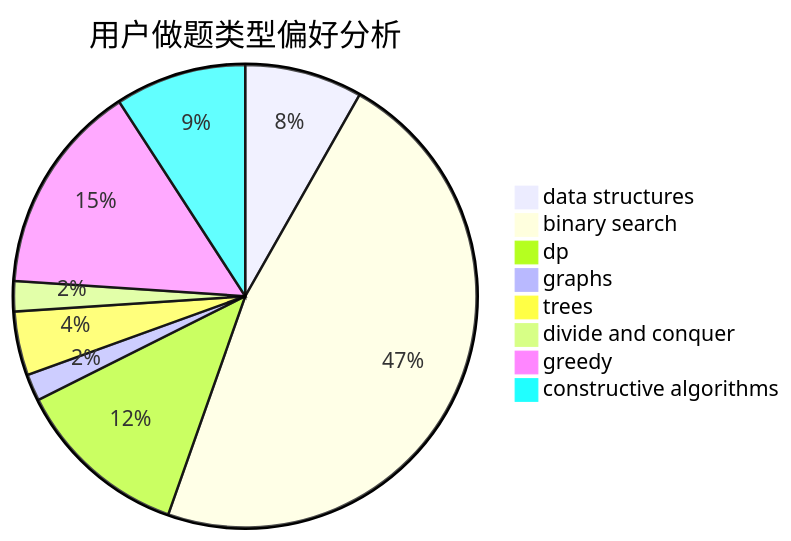
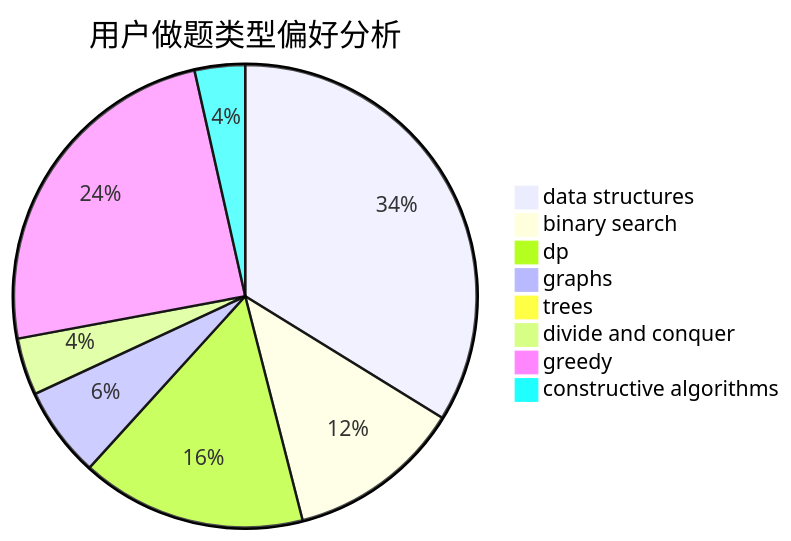
Before and after one commit to sherpahu/cfrs.github.io: the second of 3 diagrams in docs/user/u2582.md, drawn with Mermaid. The commit also changed other lines of this file and 2770 other files, not shown here.

````diff
--- a/docs/user/u2582.md
+++ b/docs/user/u2582.md
@@ -23,11 +23,11 @@
 ```mermaid
 pie title 用户做题类型偏好分析
-    "data structures" :  35
-    "binary search" :  201
-    "dp" :  52
-    "graphs" :  8
-    "trees" :  19
-    "divide and conquer" :  9
-    "greedy" :  63
-    "constructive algorithms" :  39
+    "data structures" :  144
+    "binary search" :  52
+    "dp" :  67
+    "graphs" :  27
+    "trees" :  0
+    "divide and conquer" :  17
+    "greedy" :  104
+    "constructive algorithms" :  15
 ```
````
